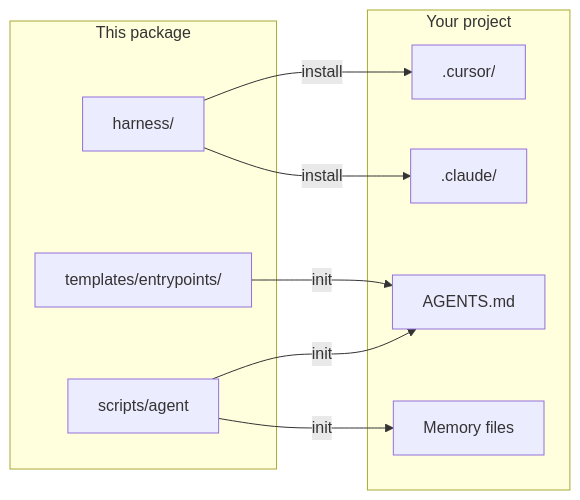
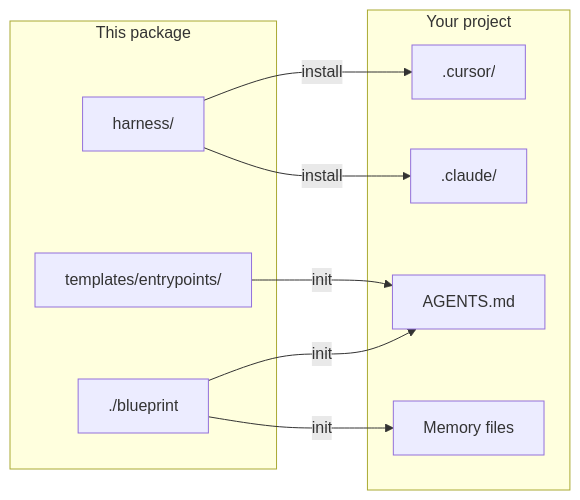
Before and after one commit to Supparerk23/agent-harness-blueprint: the first of 4 diagrams in README.md, drawn with Mermaid. The commit also changed other lines of this file and 13 other files, not shown here.

````diff
--- a/README.md
+++ b/README.md
@@ -23,21 +23,21 @@
 ```mermaid
 flowchart LR
   subgraph package [This package]
     harness[harness/]
     entry[templates/entrypoints/]
-    cli[scripts/agent]
+    cli[./blueprint]
   end
 
   subgraph consumer [Your project]
     agents[AGENTS.md]
     cursor[".cursor/"]
     claude[".claude/"]
     memory[Memory files]
   end
 
   cli -->|init| agents
   cli -->|init| memory
   entry -->|init| agents
   harness -->|install| cursor
   harness -->|install| claude
 ```
````
